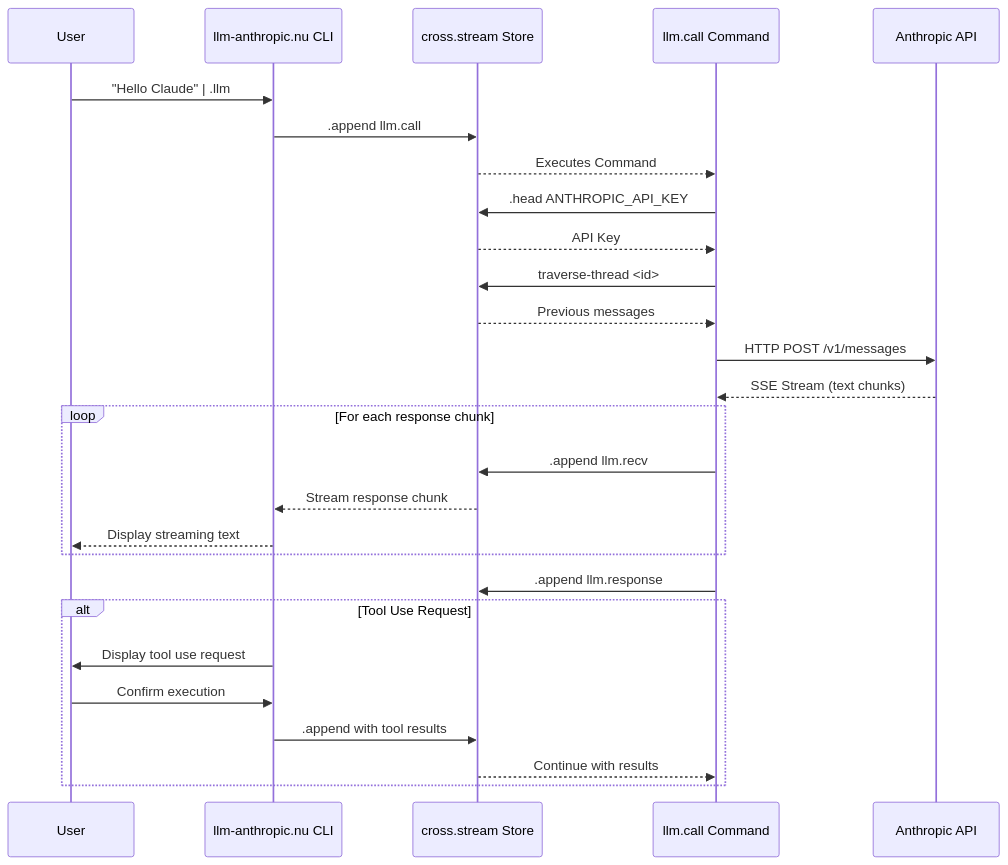
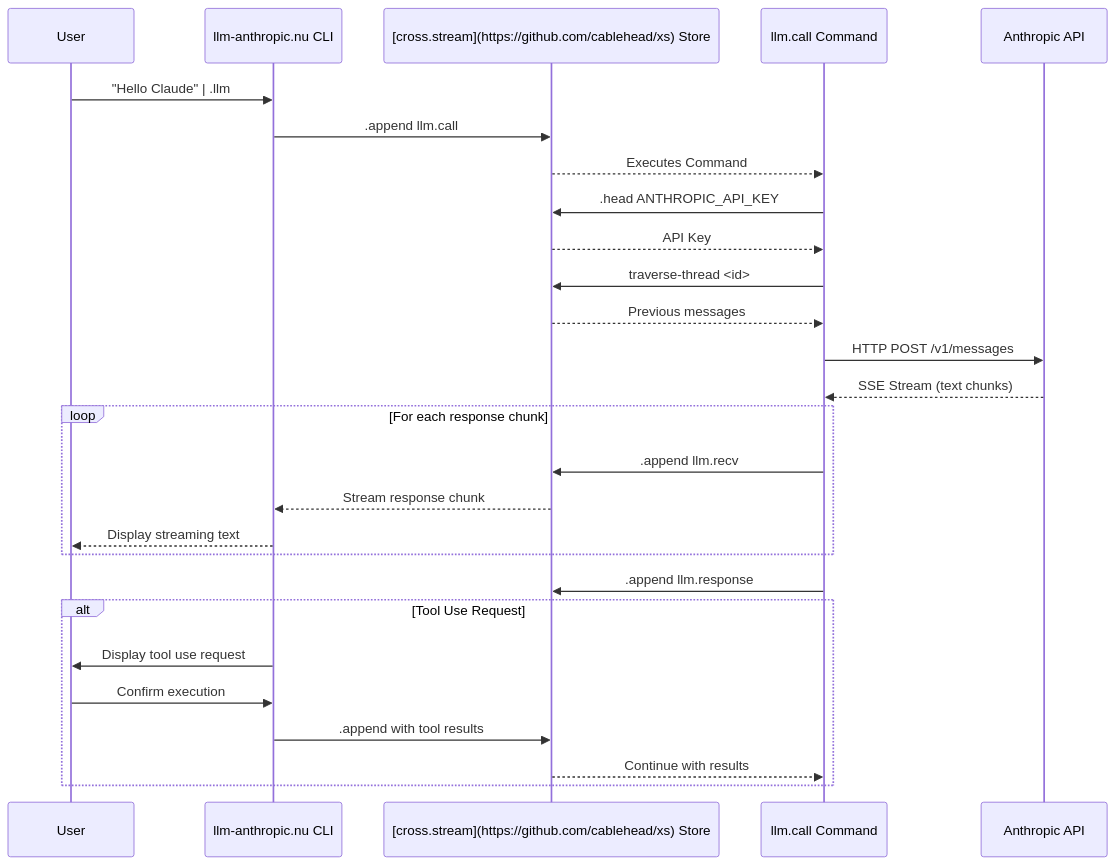
The diagram in README.md (cablehead/xs-command-llm-anthropic), drawn with Mermaid before and after one commit. The commit also changed other lines of this file and 1 other file, not shown here.

````diff
--- a/README.md
+++ b/README.md
@@ -91,37 +99,37 @@
 ```mermaid
 sequenceDiagram
     participant User
     participant CLI as llm-anthropic.nu CLI
-    participant Store as cross.stream Store
+    participant Store as [cross.stream](https://github.com/cablehead/xs) Store
     participant Command as llm.call Command
     participant API as Anthropic API
 
     User->>CLI: "Hello Claude" | .llm
     CLI->>Store: .append llm.call
     Store-->>Command: Executes Command
 
     Command->>Store: .head ANTHROPIC_API_KEY
     Store-->>Command: API Key
 
     Command->>Store: traverse-thread <id>
     Store-->>Command: Previous messages
 
     Command->>API: HTTP POST /v1/messages
 
     API-->>Command: SSE Stream (text chunks)
 
     loop For each response chunk
         Command->>Store: .append llm.recv
         Store-->>CLI: Stream response chunk
         CLI-->>User: Display streaming text
     end
 
     Command->>Store: .append llm.response
 
     alt Tool Use Request
         CLI->>User: Display tool use request
         User->>CLI: Confirm execution
         CLI->>Store: .append with tool results
         Store-->>Command: Continue with results
     end
 ```
````
